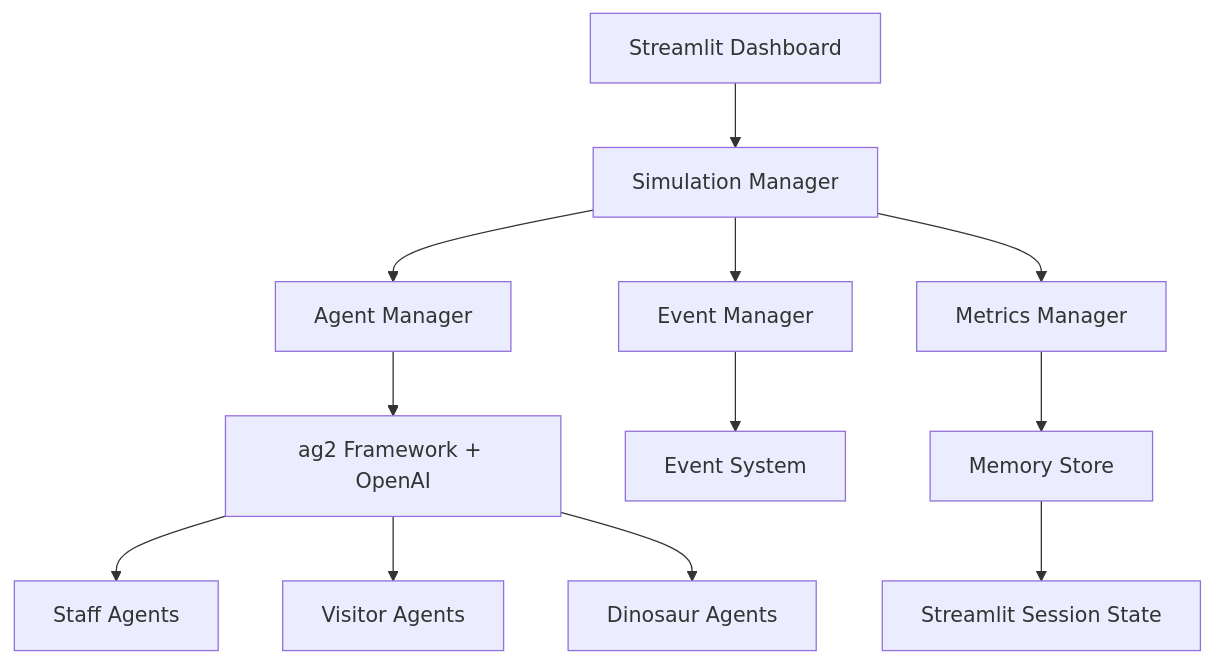
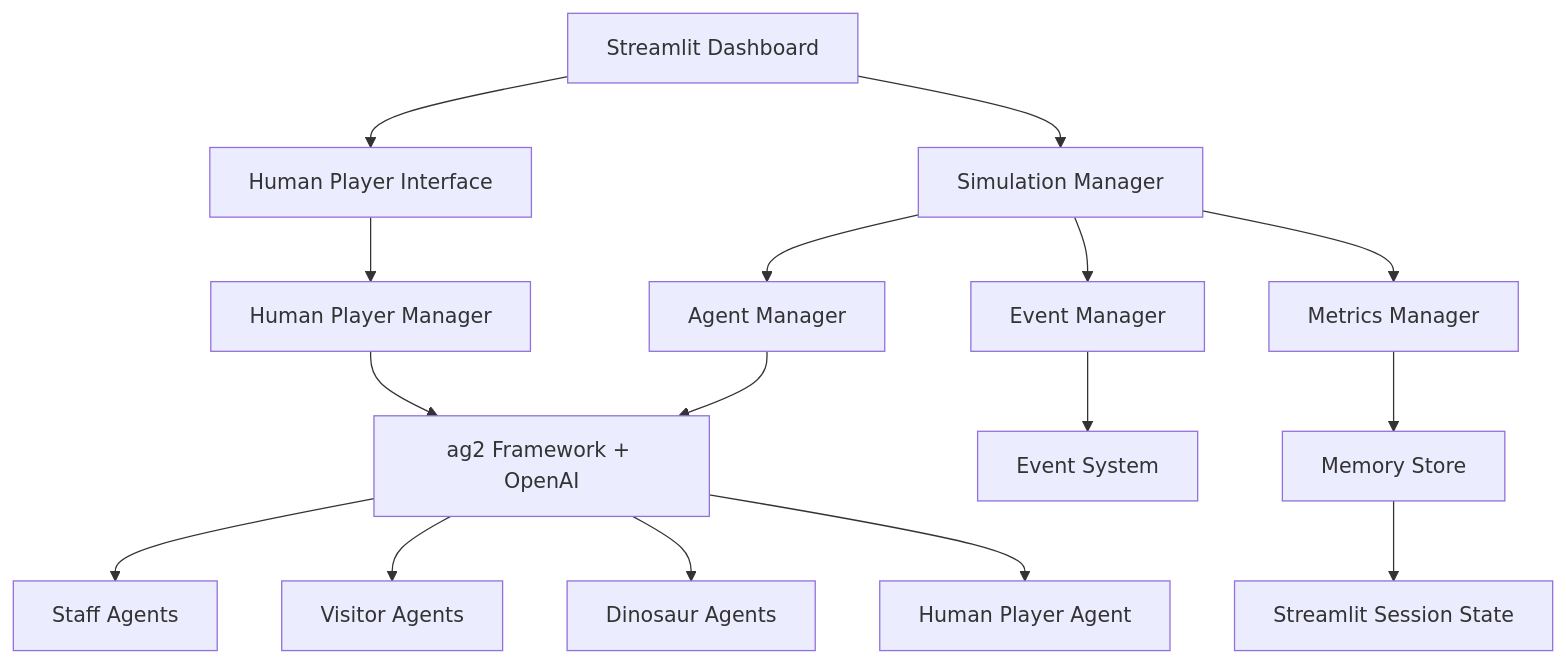
Before and after one commit to jefflinwood/dinosaur-resort: the diagram in .kiro/specs/ai-agent-dinosaur-simulator/design.md, drawn with Mermaid. The commit also changed other lines of this file and 10 other files, not shown here.

Commit message:
Human player manager

````diff
--- a/.kiro/specs/ai-agent-dinosaur-simulator/design.md
+++ b/.kiro/specs/ai-agent-dinosaur-simulator/design.md
@@ -11,14 +11,18 @@
 ```mermaid
 graph TB
     UI[Streamlit Dashboard] --> SM[Simulation Manager]
+    UI --> HPI[Human Player Interface]
+    HPI --> HPM[Human Player Manager]
     SM --> AM[Agent Manager]
     SM --> EM[Event Manager]
     SM --> MM[Metrics Manager]
     AM --> AG2[ag2 Framework + OpenAI]
+    HPM --> AG2
     AG2 --> A1[Staff Agents]
     AG2 --> A2[Visitor Agents]
     AG2 --> A3[Dinosaur Agents]
+    AG2 --> A4[Human Player Agent]
     EM --> ES[Event System]
     MM --> MS[Memory Store]
     MS --> SS[Streamlit Session State]
 ```
````
